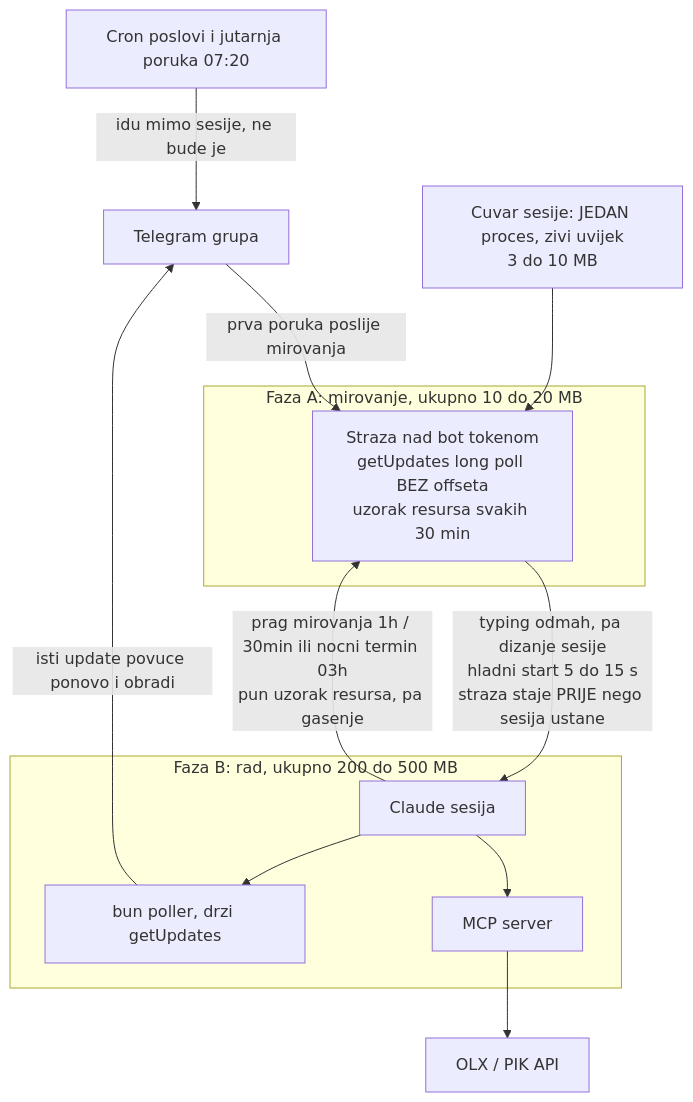
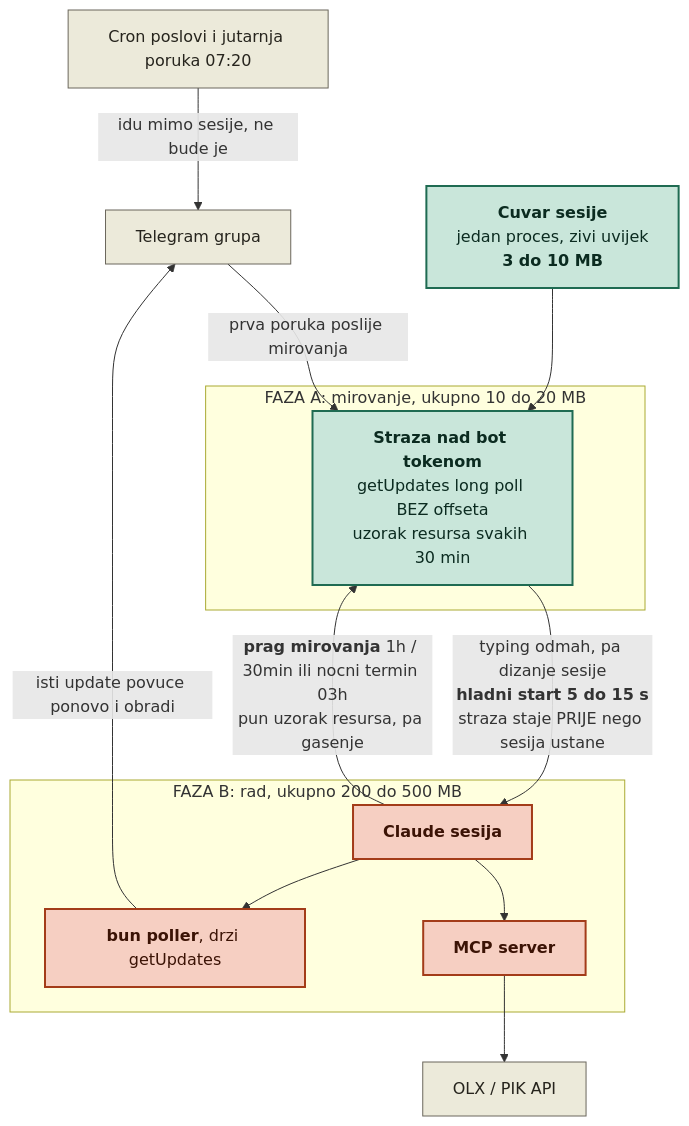
One commit to mob-dev-org/olx-mcp-api changed the sixth of 9 diagrams in olx-dokumentacija/arhitektura.md. Above: the diagram before and after it, drawn with Mermaid. The commit also changed other lines of this file, not shown here.

````diff
--- a/olx-dokumentacija/arhitektura.md
+++ b/olx-dokumentacija/arhitektura.md
@@ -404,25 +413,32 @@
 ```mermaid
 flowchart TB
     tg["Telegram grupa"]
-    cuvar["Cuvar sesije: JEDAN proces, zivi uvijek<br/>3 do 10 MB"]
+    cuvar["<b>Cuvar sesije</b><br/>jedan proces, zivi uvijek<br/><b>3 do 10 MB</b>"]
 
-    subgraph mirno["Faza A: mirovanje, ukupno 10 do 20 MB"]
-        straza["Straza nad bot tokenom<br/>getUpdates long poll BEZ offseta<br/>uzorak resursa svakih 30 min"]
+    subgraph mirno["FAZA A: mirovanje, ukupno 10 do 20 MB"]
+        straza["<b>Straza nad bot tokenom</b><br/>getUpdates long poll BEZ offseta<br/>uzorak resursa svakih 30 min"]
     end
 
-    subgraph budno["Faza B: rad, ukupno 200 do 500 MB"]
-        sesija["Claude sesija"]
-        plugin["bun poller, drzi getUpdates"]
-        mcp["MCP server"]
+    subgraph budno["FAZA B: rad, ukupno 200 do 500 MB"]
+        sesija["<b>Claude sesija</b>"]
+        plugin["<b>bun poller</b>, drzi getUpdates"]
+        mcp["<b>MCP server</b>"]
     end
 
     cuvar --> straza
     tg -->|"prva poruka poslije mirovanja"| straza
-    straza -->|"typing odmah, pa dizanje sesije<br/>hladni start 5 do 15 s<br/>straza staje PRIJE nego sesija ustane"| sesija
-    sesija -->|"prag mirovanja 1h / 30min ili nocni termin 03h<br/>pun uzorak resursa, pa gasenje"| straza
+    straza -->|"typing odmah, pa dizanje sesije<br/><b>hladni start 5 do 15 s</b><br/>straza staje PRIJE nego sesija ustane"| sesija
+    sesija -->|"<b>prag mirovanja</b> 1h / 30min ili nocni termin 03h<br/>pun uzorak resursa, pa gasenje"| straza
     sesija --> plugin
     sesija --> mcp
     plugin -->|"isti update povuce ponovo i obradi"| tg
     mcp --> olx2["OLX / PIK API"]
     cron["Cron poslovi i jutarnja poruka 07:20"] -->|"idu mimo sesije, ne bude je"| tg
+
+    classDef skupo fill:#f6cfc2,stroke:#a33c19,stroke-width:2px,color:#3b1305
+    classDef jeftino fill:#c9e6da,stroke:#1f6b52,stroke-width:2px,color:#0b2b20
+    classDef vanjsko fill:#eceada,stroke:#6b675c,stroke-width:1px,color:#26241d
+    class sesija,mcp,plugin skupo
+    class cuvar,straza jeftino
+    class tg,olx2,cron vanjsko
 ```
````
